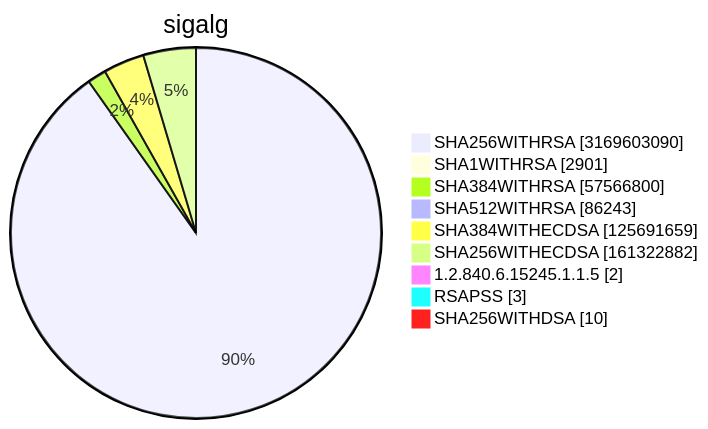
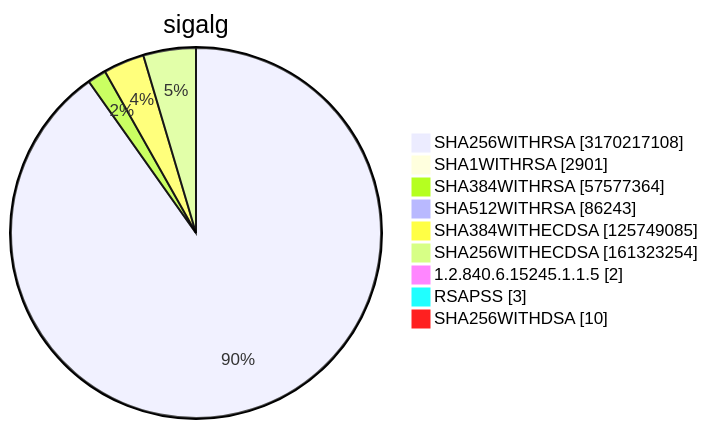
One commit to christiankrug/ctmonitor_visualization changed diagram 15 of 15 in TOTAL/README.md. Above: the diagram before and after it, drawn with Mermaid. The commit also changed other lines of this file, not shown here.

````diff
--- a/TOTAL/README.md
+++ b/TOTAL/README.md
@@ -6215,13 +6215,13 @@
 ```mermaid
 pie showData
 title sigalg
-"SHA256WITHRSA" :3169603090
+"SHA256WITHRSA" :3170217108
 "SHA1WITHRSA" :2901
-"SHA384WITHRSA" :57566800
+"SHA384WITHRSA" :57577364
 "SHA512WITHRSA" :86243
-"SHA384WITHECDSA" :125691659
-"SHA256WITHECDSA" :161322882
+"SHA384WITHECDSA" :125749085
+"SHA256WITHECDSA" :161323254
 "1.2.840.6.15245.1.1.5" :2
 "RSAPSS" :3
 "SHA256WITHDSA" :10
 ```
````
